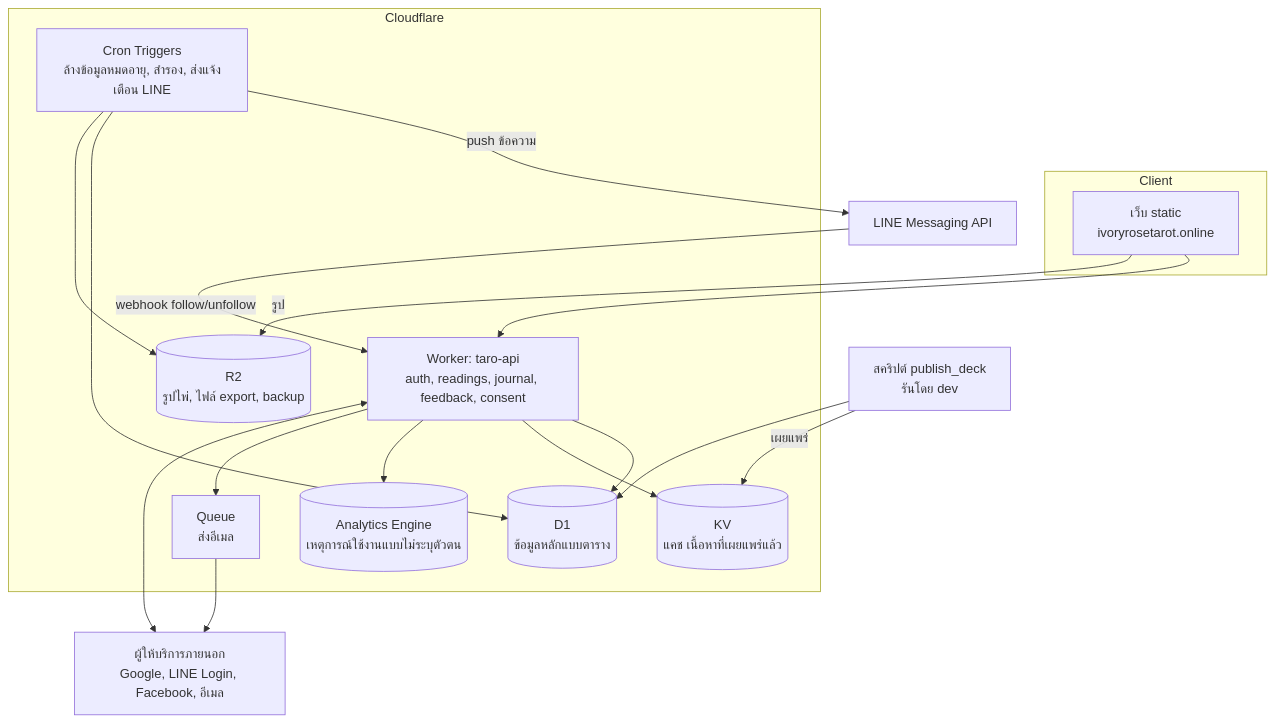
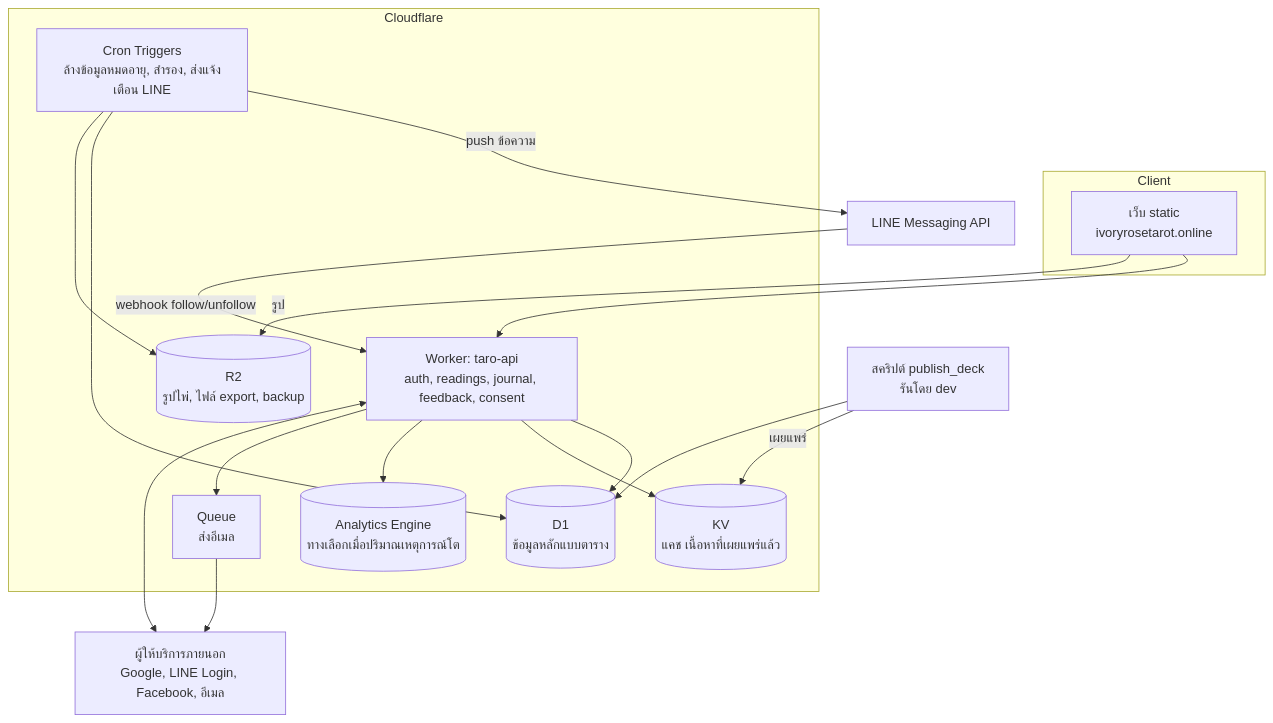
One commit to mindanao0/Taro changed the first of 3 diagrams in docs/08_BACKEND_ARCHITECTURE_TH.md. Above: the diagram before and after it, drawn with Mermaid. The commit also changed other lines of this file, not shown here.

First line of the commit message:
Backend plan: add click-sequence tracking (positions, before/after, hit/miss)

````diff
--- a/docs/08_BACKEND_ARCHITECTURE_TH.md
+++ b/docs/08_BACKEND_ARCHITECTURE_TH.md
@@ -21,31 +21,31 @@
 ```mermaid
 flowchart TB
   subgraph Client
     WEB[เว็บ static<br/>ivoryrosetarot.online]
   end
   subgraph Cloudflare
     API[Worker: taro-api<br/>auth, readings, journal, feedback, consent]
     CRON[Cron Triggers<br/>ล้างข้อมูลหมดอายุ, สำรอง, ส่งแจ้งเตือน LINE]
     Q[Queue<br/>ส่งอีเมล]
     D1[(D1<br/>ข้อมูลหลักแบบตาราง)]
     KV[(KV<br/>แคช เนื้อหาที่เผยแพร่แล้ว)]
     R2[(R2<br/>รูปไพ่, ไฟล์ export, backup)]
-    AE[(Analytics Engine<br/>เหตุการณ์ใช้งานแบบไม่ระบุตัวตน)]
+    AE[(Analytics Engine<br/>ทางเลือกเมื่อปริมาณเหตุการณ์โต)]
   end
   EXT[ผู้ให้บริการภายนอก<br/>Google, LINE Login, Facebook, อีเมล]
   LM[LINE Messaging API]
   CRON -- push ข้อความ --> LM
   LM -- webhook follow/unfollow --> API
 
   WEB --> API
   API --> D1
   API --> KV
   API --> AE
   API --> Q --> EXT
   API <--> EXT
   SCRIPT[สคริปต์ publish_deck<br/>รันโดย dev] -- เผยแพร่ --> KV
   SCRIPT --> D1
   CRON --> D1
   CRON --> R2
   WEB -- รูป --> R2
 ```
````
